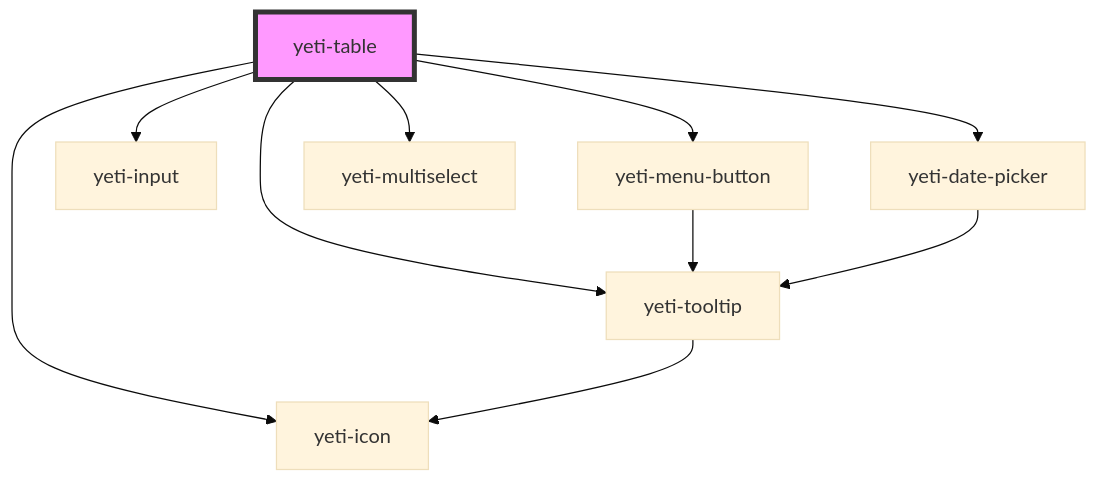
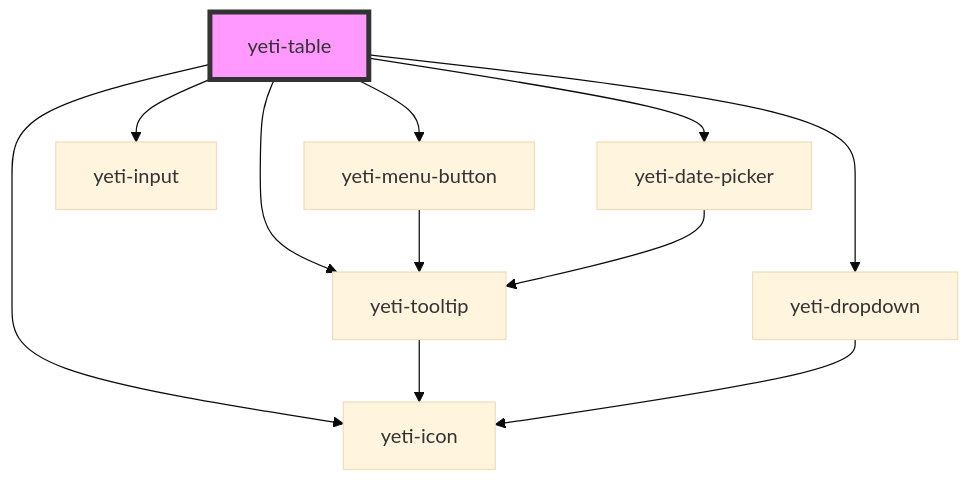
The diagram in src/components/yeti-table/readme.md (msoltvedt/yeti), drawn with Mermaid (base theme) before and after one commit. The commit also changed other lines of this file and 58 other files, not shown here.

First line of the commit message:
Refactor Multiselect as Dropdown (#42)

````diff
--- a/src/components/yeti-table/readme.md
+++ b/src/components/yeti-table/readme.md
@@ -48,13 +48,14 @@
 ```mermaid
 graph TD;
   yeti-table --> yeti-icon
   yeti-table --> yeti-menu-button
   yeti-table --> yeti-tooltip
   yeti-table --> yeti-input
   yeti-table --> yeti-date-picker
-  yeti-table --> yeti-multiselect
+  yeti-table --> yeti-dropdown
   yeti-menu-button --> yeti-tooltip
   yeti-tooltip --> yeti-icon
   yeti-date-picker --> yeti-tooltip
+  yeti-dropdown --> yeti-icon
   style yeti-table fill:#f9f,stroke:#333,stroke-width:4px
 ```
````
